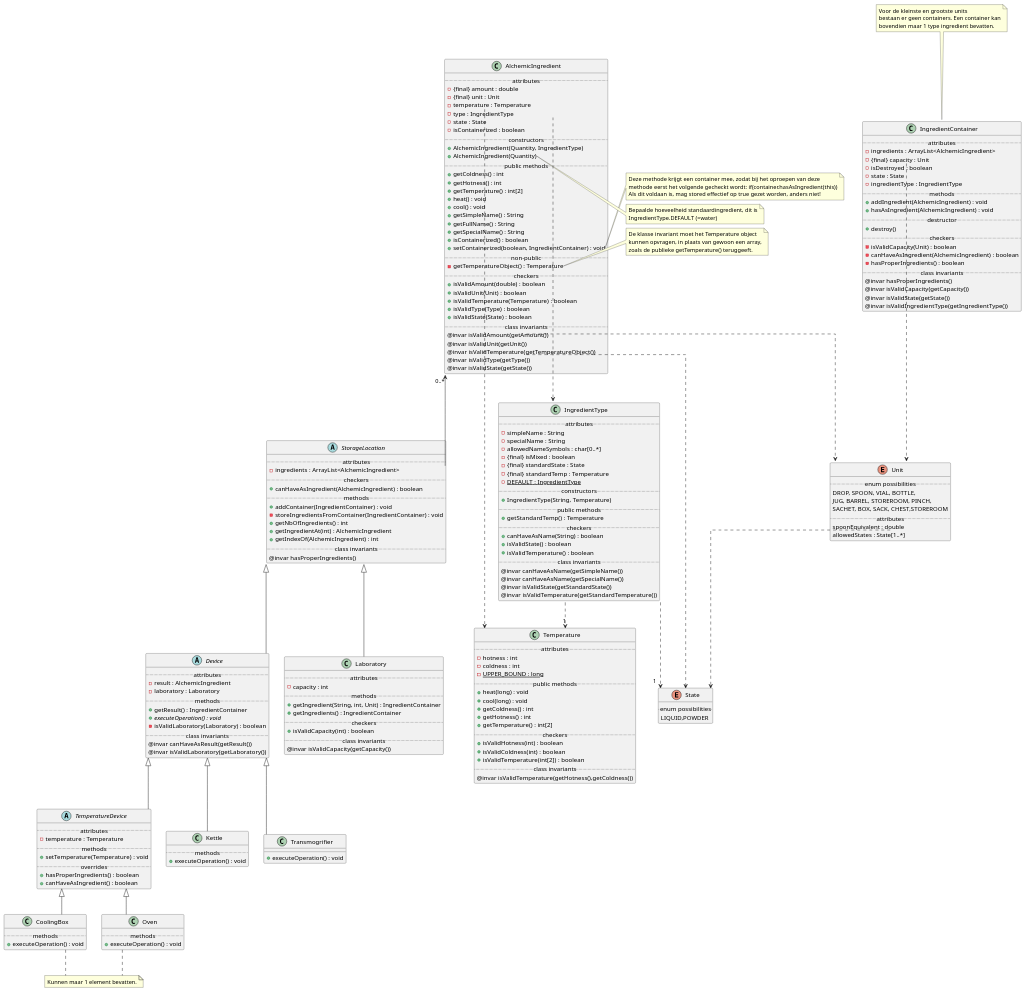
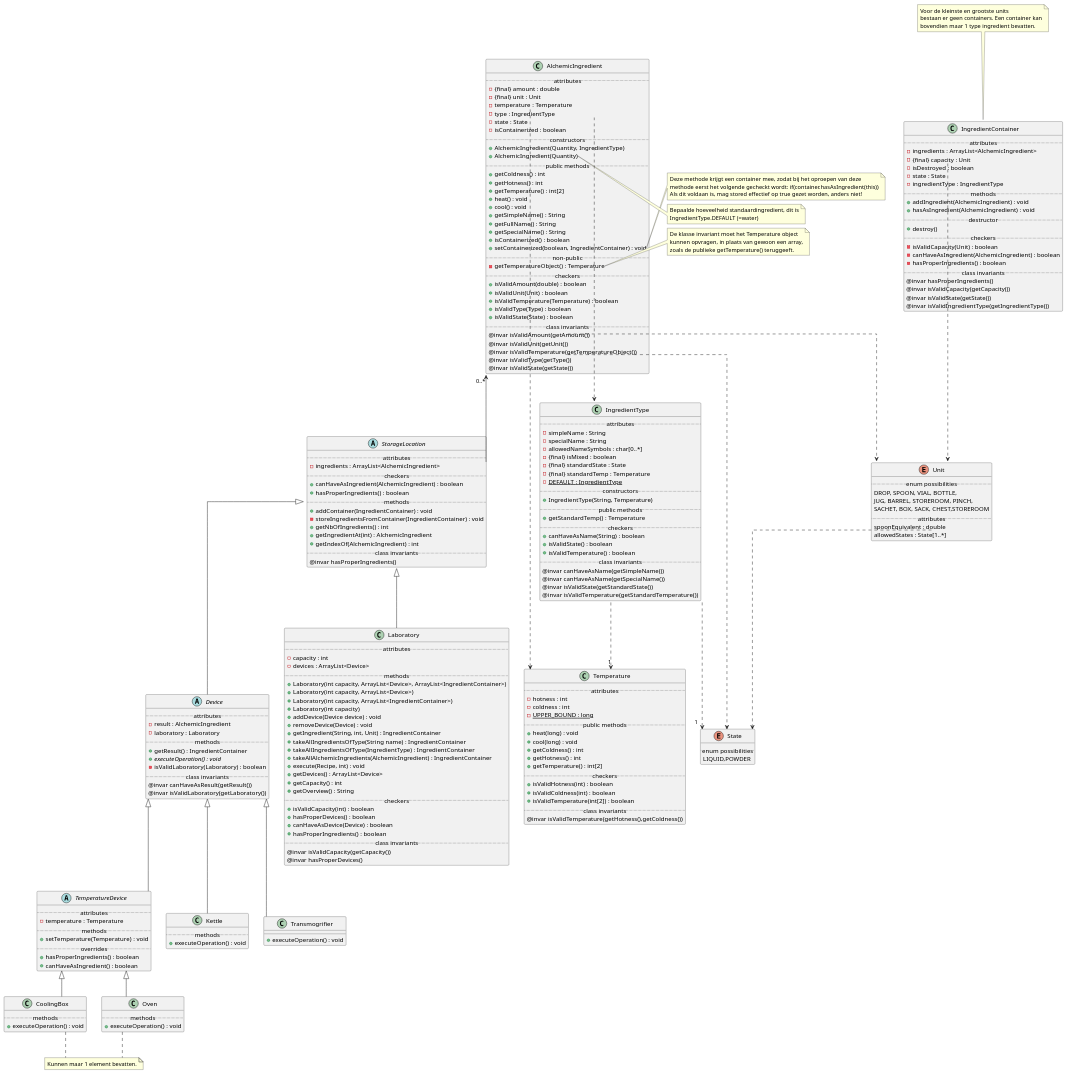
One commit to vanschependom/KULAK_ogp-examenproject changed the diagram in class-diagram/vincent.puml. Above: the diagram before and after it, drawn with PlantUML.

Commit message:
Added methods to Laboratory in class diagram vincent

```diff
--- a/class-diagram/vincent.puml
+++ b/class-diagram/vincent.puml
@@ -139,6 +139,7 @@
 - ingredients : ArrayList<AlchemicIngredient>
 ..checkers..
 + canHaveAsIngredient(AlchemicIngredient) : boolean
++ hasProperIngredients() : boolean
 ..methods..
 + addContainer(IngredientContainer) : void
 - storeIngredientsFromContainer(IngredientContainer) : void
@@ -231,17 +232,32 @@
 ..attributes..
 - capacity : int
 '- ingredients : ArrayList<AlchemicIngredient>
-'- devices : ArrayList<Device>
+- devices : ArrayList<Device>
 '+ storeIngredient(IngredientContainer) : void
 ..methods..
++ Laboratory(int capacity, ArrayList<Device>, ArrayList<IngredientContainer>)
++ Laboratory(int capacity, ArrayList<Device>)
++ Laboratory(int capacity, ArrayList<IngredientContainer>)
++ Laboratory(int capacity)
++ addDevice(Device device) : void
++ removeDevice(Device) : void
 + getIngredient(String, int, Unit) : IngredientContainer
-+ getIngredients() : IngredientContainer
++ takeAllIngredientsOfType(String name) : IngredientContainer
++ takeAllIngredientsOfType(IngredientType) : IngredientContainer
++ takeAllAlchemicIngredients(AlchemicIngredient) : IngredientContainer
++ execute(Recipe, int) : void
++ getDevices() : ArrayList<Device>
++ getCapacity() : int
++ getOverview() : String
 ..checkers..
 + isValidCapacity(int) : boolean
-'+ getOverview() : String
++ hasProperDevices() : boolean
++ canHaveAsDevice(Device) : boolean
++ hasProperIngredients() : boolean
 '+ {abstract} execute(Recipe, int) : void
 ..class invariants..
 @invar isValidCapacity(getCapacity())
+@invar hasProperDevices()
 }
 '
 'Laboratory --> "0..*" AlchemicIngredient
```
